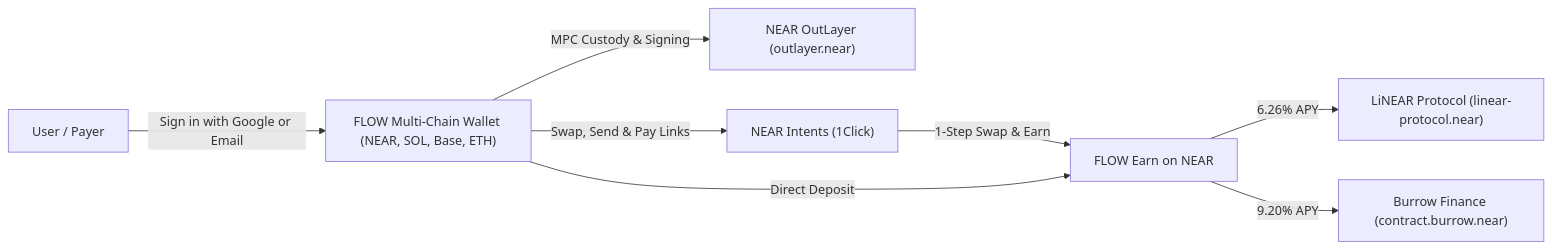
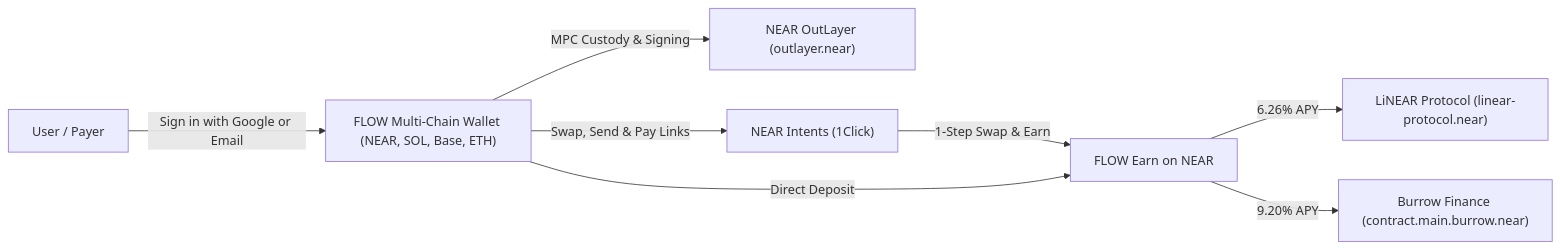
One commit to OpeyemiAwt/flow changed the diagram in README.md. Above: the diagram before and after it, drawn with Mermaid. The commit also changed other lines of this file and 3 other files, not shown here.

````diff
--- a/README.md
+++ b/README.md
@@ -65,10 +83,10 @@
 ```mermaid
 flowchart LR
   U["User / Payer"] -->|"Sign in with Google or Email"| W["FLOW Multi-Chain Wallet (NEAR, SOL, Base, ETH)"]
   W -->|"MPC Custody & Signing"| OL["NEAR OutLayer (outlayer.near)"]
   W -->|"Swap, Send & Pay Links"| OC["NEAR Intents (1Click)"]
   OC -->|"1-Step Swap & Earn"| E["FLOW Earn on NEAR"]
   W -->|"Direct Deposit"| E
   E -->|"6.26% APY"| L["LiNEAR Protocol (linear-protocol.near)"]
-  E -->|"9.20% APY"| B["Burrow Finance (contract.burrow.near)"]
+  E -->|"9.20% APY"| B["Burrow Finance (contract.main.burrow.near)"]
 ```
````
